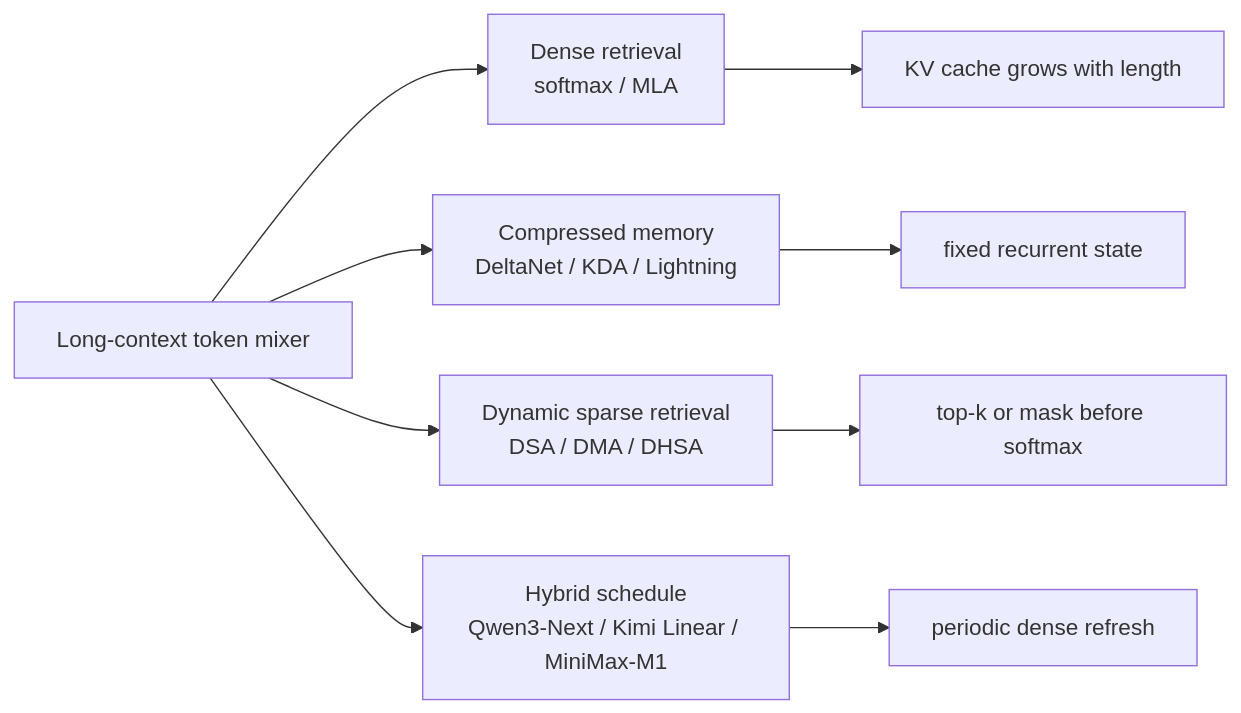
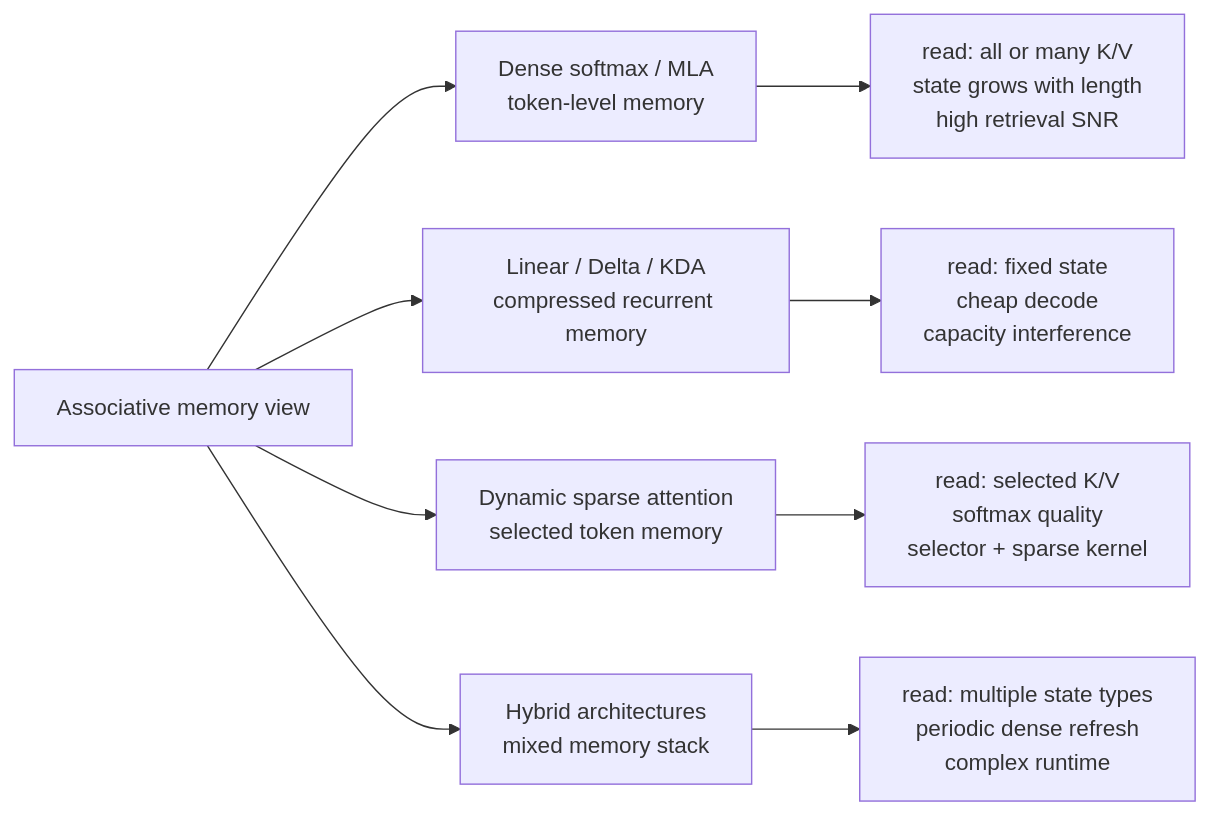
Before and after one commit to CurryTang/mlphdinterview: the first of 7 diagrams in notes/Mlsys/MLSYS15 Efficient Attention Modern Architectures.md, drawn with Mermaid. The commit also changed other lines of this file, not shown here.

Commit message:
Clarify associative memory attention notes

````diff
--- a/notes/Mlsys/MLSYS15 Efficient Attention Modern Architectures.md
+++ b/notes/Mlsys/MLSYS15 Efficient Attention Modern Architectures.md
@@ -76,12 +106,12 @@
 ```mermaid
 flowchart LR
-  A["Long-context token mixer"] --> B["Dense retrieval<br/>softmax / MLA"]
-  A --> C["Compressed memory<br/>DeltaNet / KDA / Lightning"]
-  A --> D["Dynamic sparse retrieval<br/>DSA / DMA / DHSA"]
-  A --> E["Hybrid schedule<br/>Qwen3-Next / Kimi Linear / MiniMax-M1"]
+  A["Associative memory view"] --> B["Dense softmax / MLA<br/>token-level memory"]
+  A --> C["Linear / Delta / KDA<br/>compressed recurrent memory"]
+  A --> D["Dynamic sparse attention<br/>selected token memory"]
+  A --> E["Hybrid architectures<br/>mixed memory stack"]
 
-  B --> B1["KV cache grows with length"]
-  C --> C1["fixed recurrent state"]
-  D --> D1["top-k or mask before softmax"]
-  E --> E1["periodic dense refresh"]
+  B --> B1["read: all or many K/V<br/>state grows with length<br/>high retrieval SNR"]
+  C --> C1["read: fixed state<br/>cheap decode<br/>capacity interference"]
+  D --> D1["read: selected K/V<br/>softmax quality<br/>selector + sparse kernel"]
+  E --> E1["read: multiple state types<br/>periodic dense refresh<br/>complex runtime"]
 ```
````
